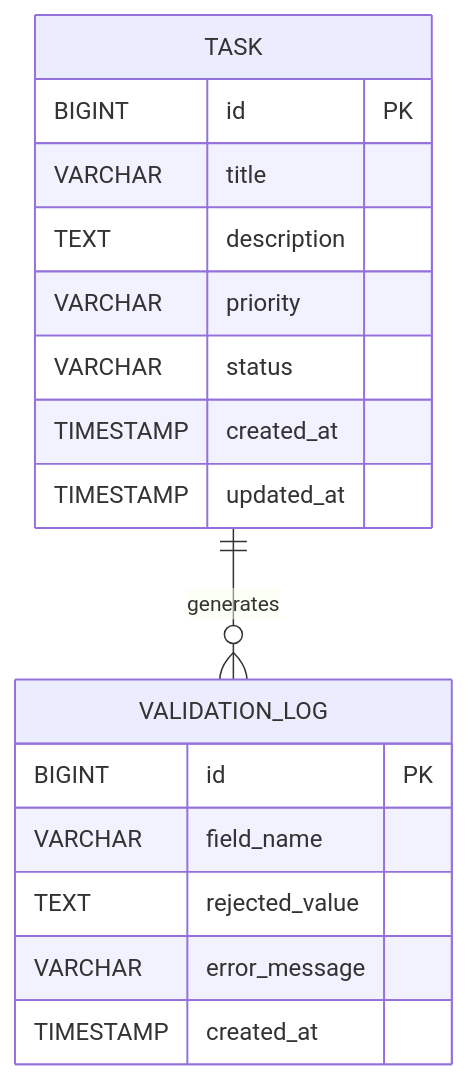
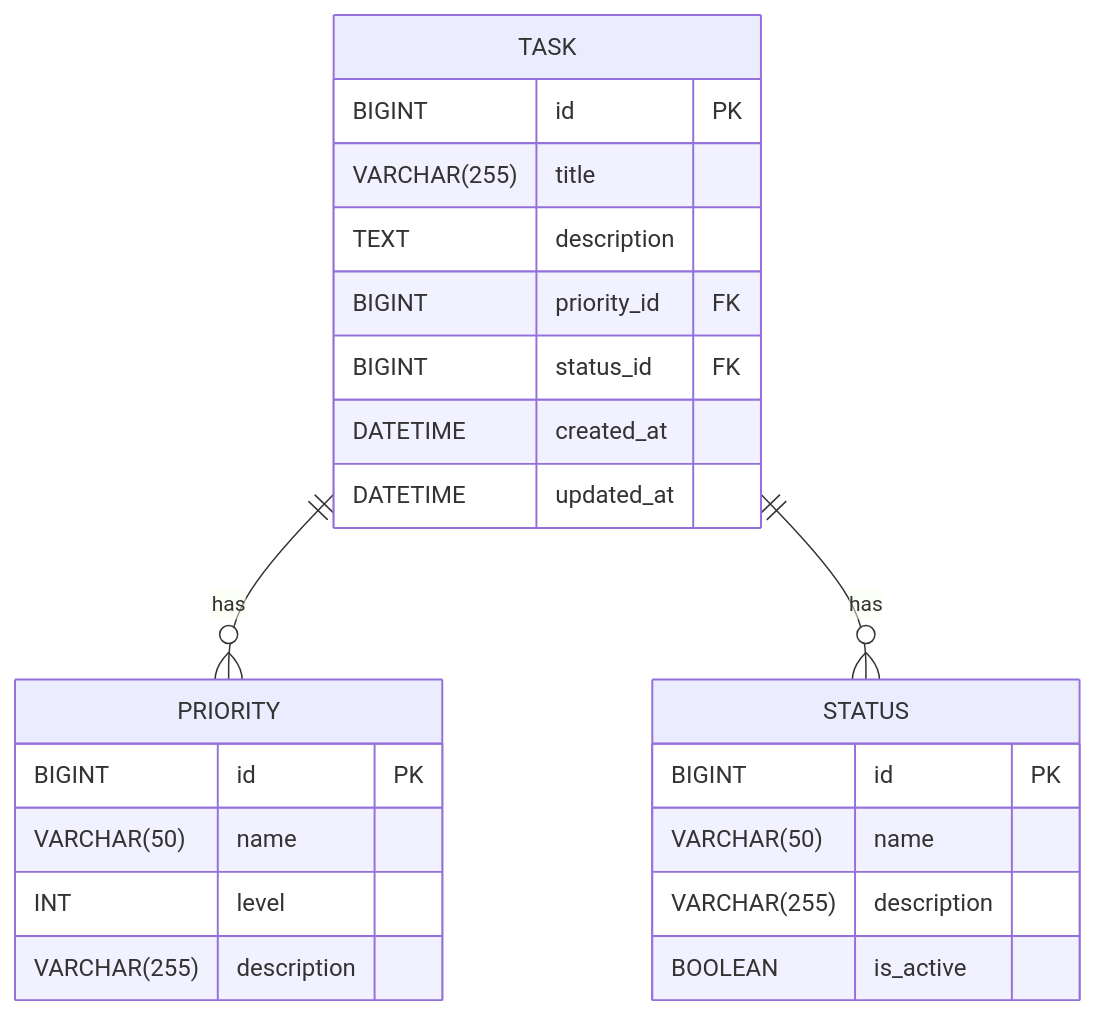
The diagram in lld/lld_DEMO-759.md (ThapaswiASC/SCIB-INCEPTION-PHASE-DEMO), drawn with Mermaid before and after one commit. The commit also changed other lines of this file, not shown here.

````diff
--- a/lld/lld_DEMO-759.md
+++ b/lld/lld_DEMO-759.md
@@ -245,22 +339,29 @@
 ```mermaid
 erDiagram
     TASK {
         BIGINT id PK
-        VARCHAR title
+        VARCHAR(255) title
         TEXT description
-        VARCHAR priority
-        VARCHAR status
-        TIMESTAMP created_at
-        TIMESTAMP updated_at
+        BIGINT priority_id FK
+        BIGINT status_id FK
+        DATETIME created_at
+        DATETIME updated_at
     }
     
-    VALIDATION_LOG {
+    PRIORITY {
         BIGINT id PK
-        VARCHAR field_name
-        TEXT rejected_value
-        VARCHAR error_message
-        TIMESTAMP created_at
+        VARCHAR(50) name
+        INT level
+        VARCHAR(255) description
     }
     
-    TASK ||--o{ VALIDATION_LOG : "generates"
+    STATUS {
+        BIGINT id PK
+        VARCHAR(50) name
+        VARCHAR(255) description
+        BOOLEAN is_active
+    }
+    
+    TASK ||--o{ PRIORITY : has
+    TASK ||--o{ STATUS : has
 ```
````
